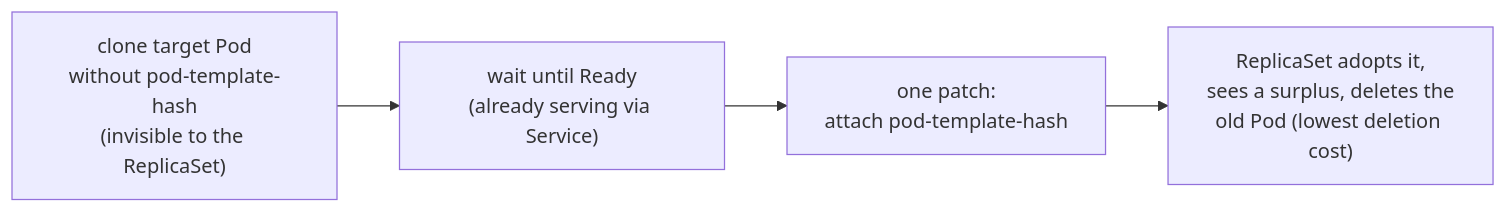
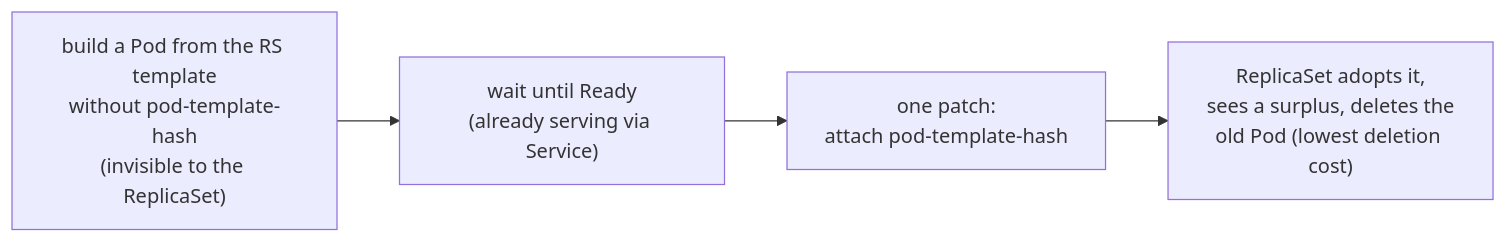
Before and after one commit to rogeeoh/soft-drain: the diagram in README.md, drawn with Mermaid. The commit also changed other lines of this file and 9 other files, not shown here.

First line of the commit message:
feat: replace per-target pairing with a ReplicaSet-scoped replacement set

````diff
--- a/README.md
+++ b/README.md
@@ -27,8 +27,8 @@
 ```mermaid
 flowchart LR
-    A["clone target Pod<br/>without pod-template-hash<br/>(invisible to the ReplicaSet)"]
+    A["build a Pod from the RS template<br/>without pod-template-hash<br/>(invisible to the ReplicaSet)"]
     B["wait until Ready<br/>(already serving via Service)"]
     C["one patch:<br/>attach pod-template-hash"]
     D["ReplicaSet adopts it,<br/>sees a surplus, deletes the<br/>old Pod (lowest deletion cost)"]
     A --> B --> C --> D
 ```
````
